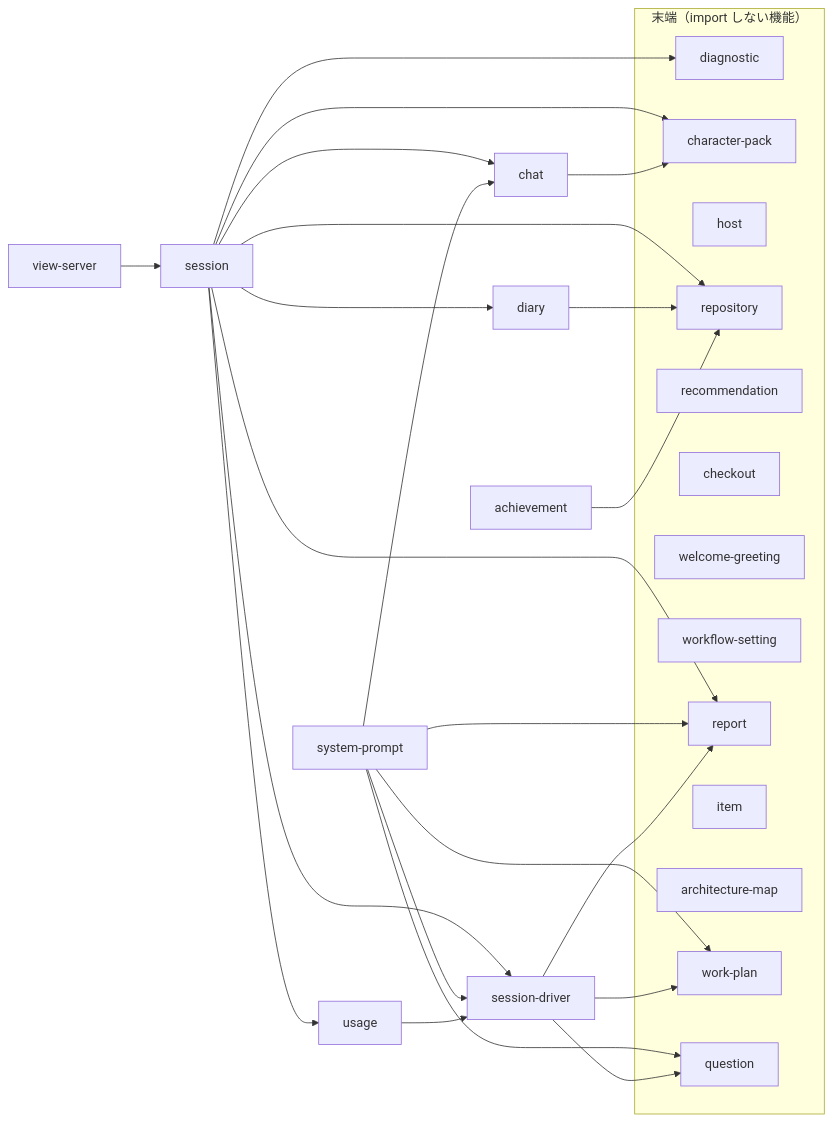
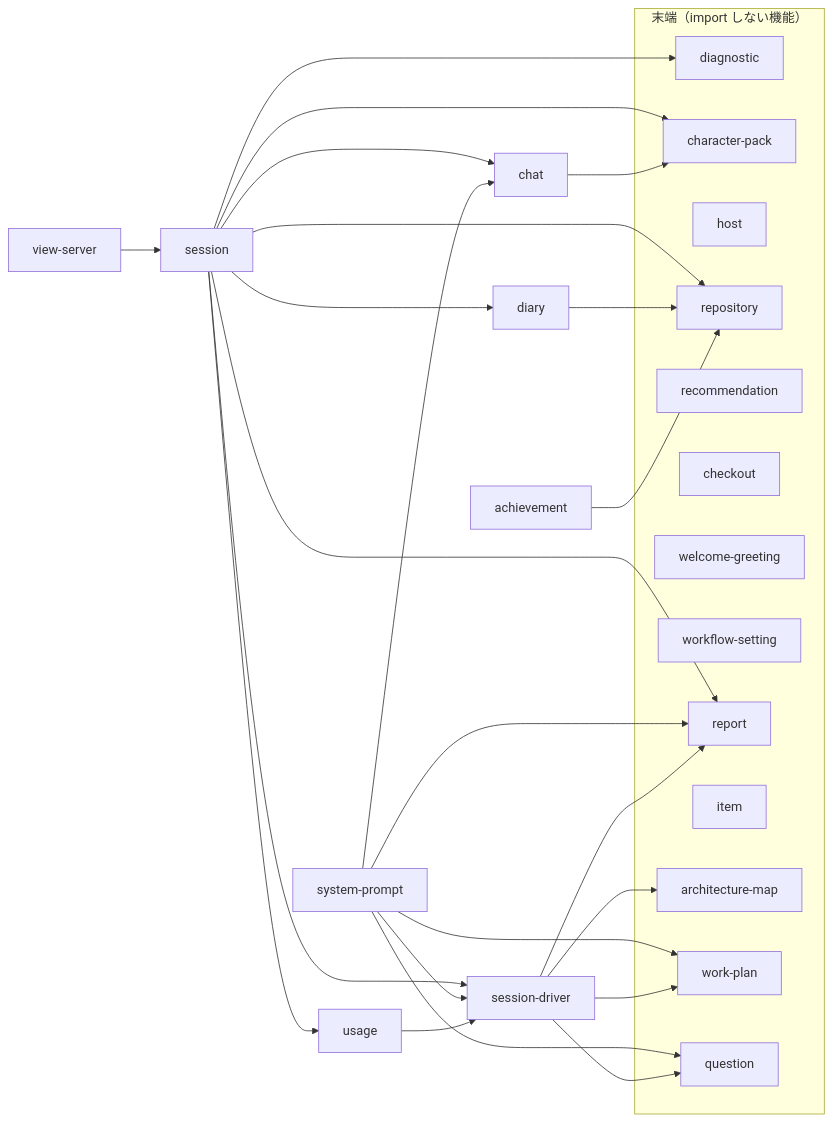
Before and after one commit to sinnlosses/tsukumo: the fourth of 4 diagrams in docs/guide/overview.md, drawn with Mermaid. The commit also changed 40 other files, not shown here.

Commit message:
GH-2597: 広げた地図で選んだ箱の横に「この箱について聞く」を置き、入力欄に箱のバッジを付けて依頼の頭に箱の1行を添え、利用者の吹き出しでもバッジで描くようにした。エージェントが箱の定義を引く道具 map_box を足した

````diff
--- a/docs/guide/overview.md
+++ b/docs/guide/overview.md
@@ -116,47 +116,48 @@
 ```mermaid
 flowchart LR
   session["session"]
   system_prompt["system-prompt"]
   view_server["view-server"]
   chat["chat"]
   usage["usage"]
   session_driver["session-driver"]
   diary["diary"]
   achievement["achievement"]
   subgraph leaves["末端（import しない機能）"]
     diagnostic["diagnostic"]
     character_pack["character-pack"]
     host["host"]
     repository["repository"]
     recommendation["recommendation"]
     checkout["checkout"]
     welcome_greeting["welcome-greeting"]
     workflow_setting["workflow-setting"]
     report["report"]
     item["item"]
     architecture_map["architecture-map"]
     work_plan["work-plan"]
     question["question"]
   end
   session --> session_driver
   session --> chat
   session --> diary
   session --> usage
   session --> diagnostic
   session --> character_pack
   session --> report
   session --> repository
   system_prompt --> session_driver
   system_prompt --> chat
   system_prompt --> report
   system_prompt --> work_plan
   system_prompt --> question
   view_server --> session
   chat --> character_pack
   usage --> session_driver
   session_driver --> report
   session_driver --> work_plan
   session_driver --> question
+  session_driver --> architecture_map
   diary --> repository
   achievement --> repository
 ```
````
